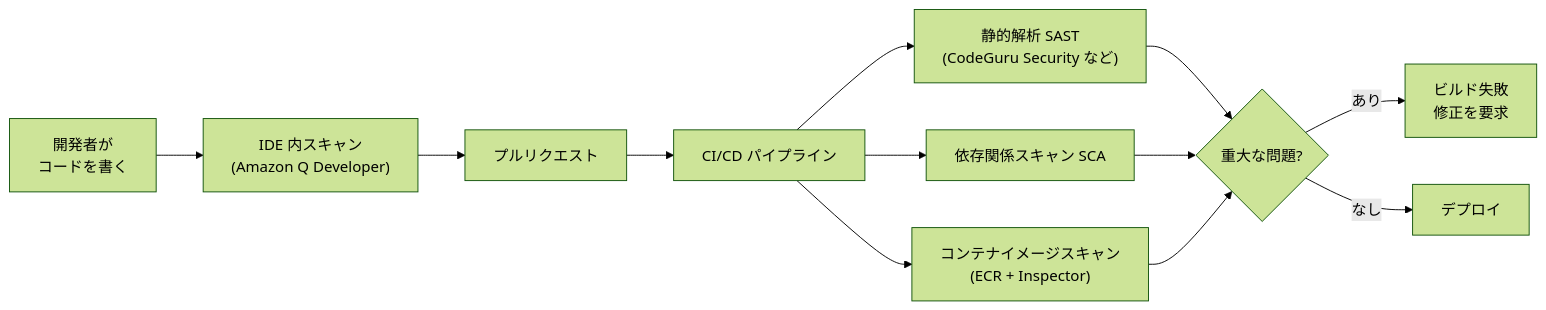
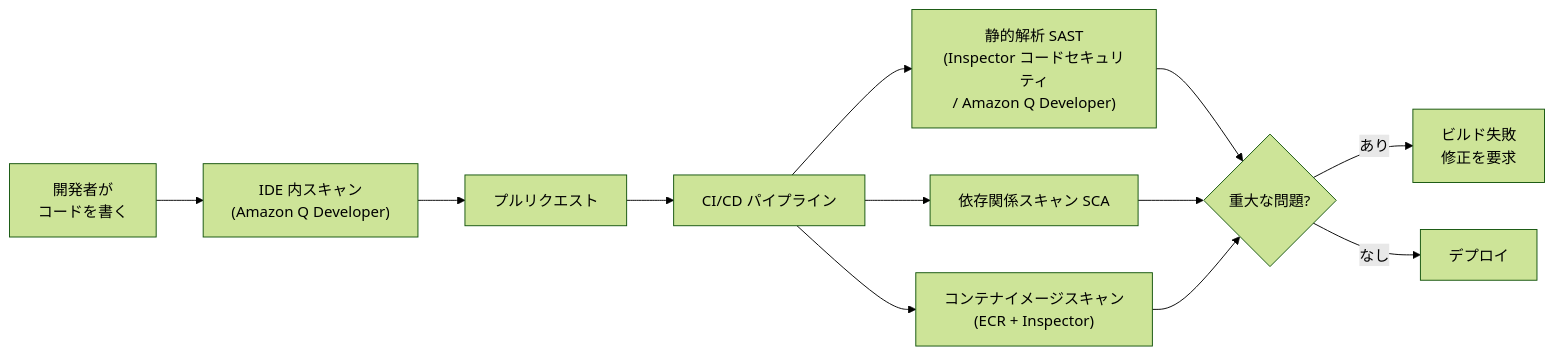
Diagram 13 of 21 in Aws-scs-c03-domain3-infrastructure-security-guide.md (myoshi2891/Cloud-Infrastructure-and-Network-Studies), drawn with Mermaid (forest theme) before and after one commit. The commit also changed other lines of this file, not shown here.

First line of the commit message:
docs(scs-c03): update domain 3 guide with Security Lake, CodeGuru EOS, and Network Firewall details

````diff
--- a/Aws-scs-c03-domain3-infrastructure-security-guide.md
+++ b/Aws-scs-c03-domain3-infrastructure-security-guide.md
@@ -969,14 +970,14 @@
 ```mermaid
 flowchart LR
     DEV["開発者が<br/>コードを書く"] --> IDE["IDE 内スキャン<br/>(Amazon Q Developer)"]
     IDE --> PR["プルリクエスト"]
     PR --> CI["CI/CD パイプライン"]
-    CI --> SAST["静的解析 SAST<br/>(CodeGuru Security など)"]
+    CI --> SAST["静的解析 SAST<br/>(Inspector コードセキュリティ<br/>/ Amazon Q Developer)"]
     CI --> SCA["依存関係スキャン SCA"]
     CI --> IMG["コンテナイメージスキャン<br/>(ECR + Inspector)"]
     SAST --> GATE{"重大な問題?"}
     SCA --> GATE
     IMG --> GATE
     GATE -->|"あり"| STOP["ビルド失敗<br/>修正を要求"]
     GATE -->|"なし"| DEPLOY["デプロイ"]
 ```
````
